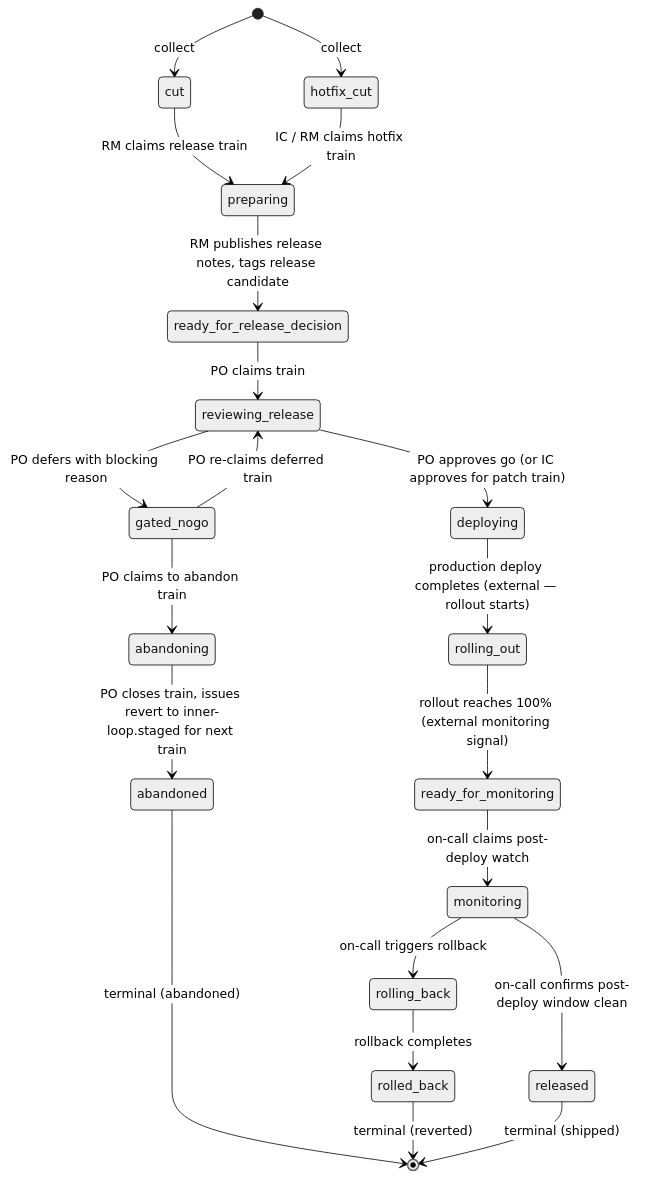
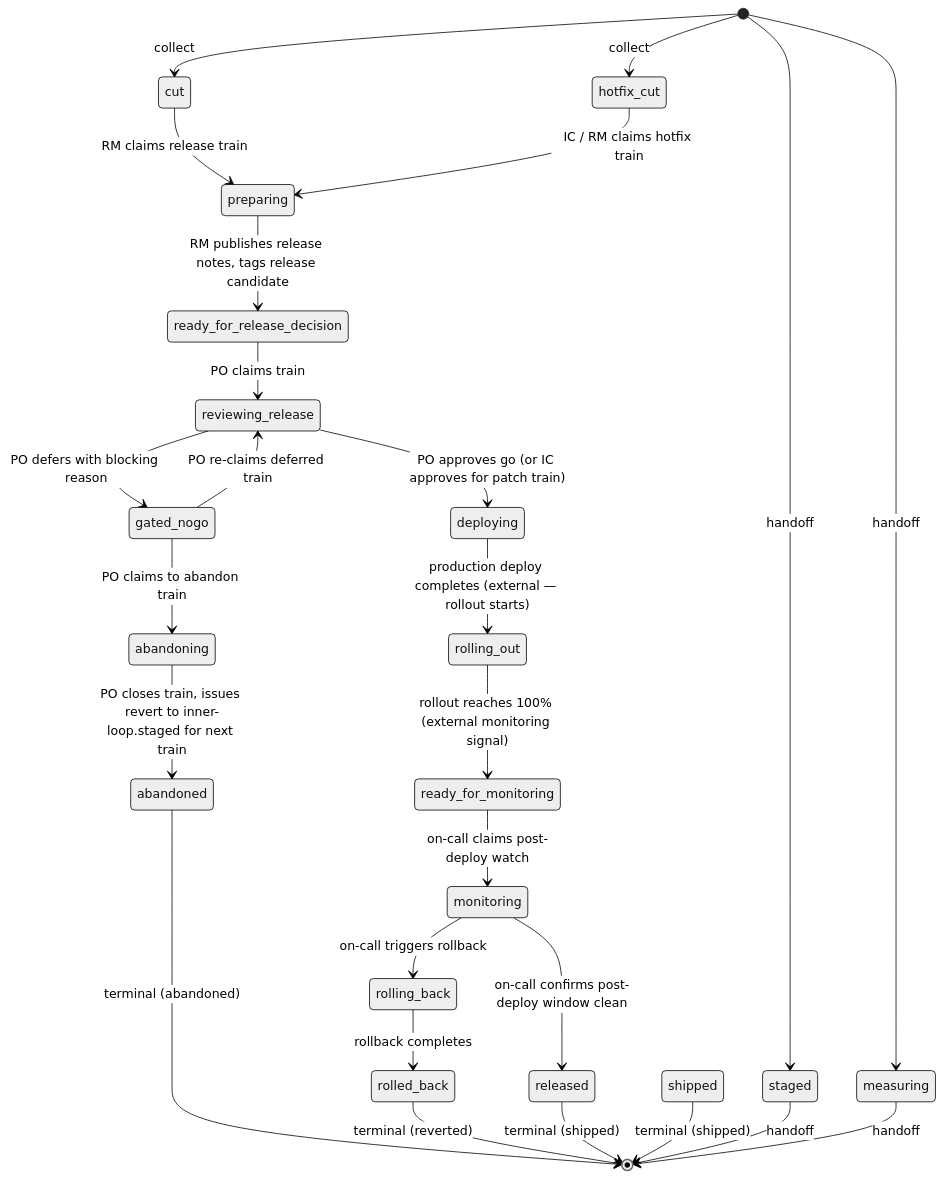
Before and after one commit to blemees/blemees-workflow: the diagram in examples/workflows/release-states.mermaid, drawn with Mermaid (neutral theme). The commit also changed 30 other files, not shown here.

```diff
--- a/examples/workflows/release-states.mermaid
+++ b/examples/workflows/release-states.mermaid
@@ -1,22 +1,32 @@
 stateDiagram-v2
     direction TB
+    %% Cross-process interfaces:
+    %%   Handoff: staged (shared resting state)
+    %%   Handoff: measuring (shared resting state)
+    %%
+
     cut --> preparing: RM claims release train
     hotfix_cut --> preparing: IC / RM claims hotfix train
     preparing --> ready_for_release_decision: RM publishes release notes, tags release candidate
     ready_for_release_decision --> reviewing_release: PO claims train
     reviewing_release --> gated_nogo: PO defers with blocking reason
     reviewing_release --> deploying: PO approves go (or IC approves for patch train)
     gated_nogo --> reviewing_release: PO re-claims deferred train
     gated_nogo --> abandoning: PO claims to abandon train
     abandoning --> abandoned: PO closes train, issues revert to inner-loop.staged for next train
     deploying --> rolling_out: production deploy completes (external — rollout starts)
     rolling_out --> ready_for_monitoring: rollout reaches 100% (external monitoring signal)
     ready_for_monitoring --> monitoring: on-call claims post-deploy watch
     monitoring --> released: on-call confirms post-deploy window clean
     monitoring --> rolling_back: on-call triggers rollback
     rolling_back --> rolled_back: rollback completes
     abandoned --> [*]: terminal (abandoned)
     rolled_back --> [*]: terminal (reverted)
     released --> [*]: terminal (shipped)
+    shipped --> [*]: terminal (shipped)
+    [*] --> staged: handoff
+    staged --> [*]: handoff
+    [*] --> measuring: handoff
+    measuring --> [*]: handoff
     [*] --> cut: collect
     [*] --> hotfix_cut: collect
```
